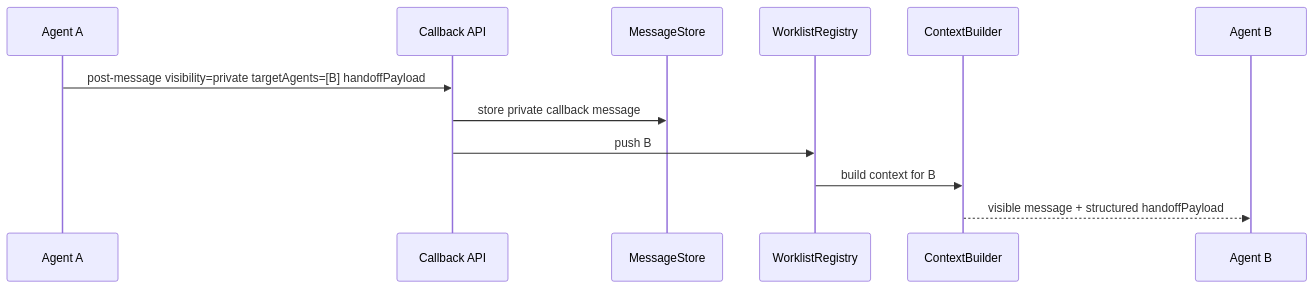
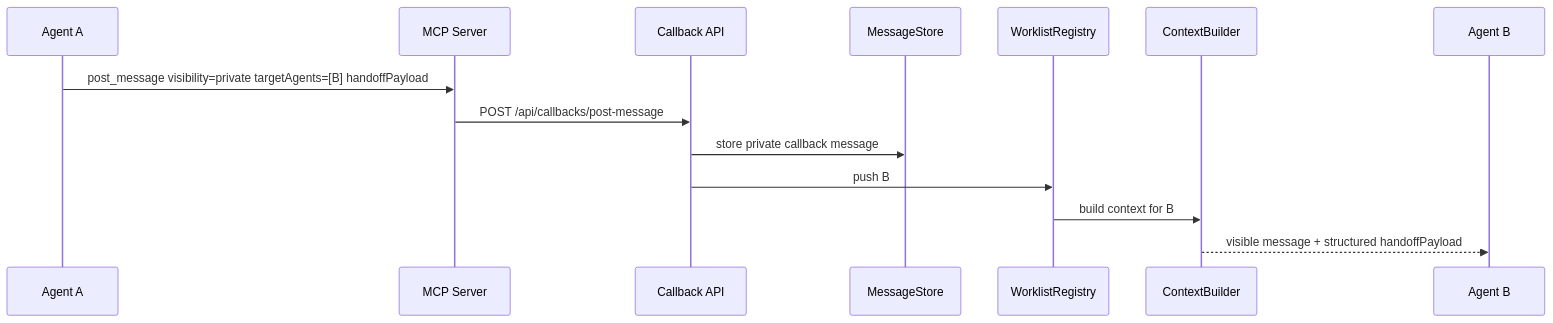
The third of 5 diagrams in docs/current-a2a-architecture.md (tianchangNorth/TheTower), drawn with Mermaid before and after one commit. The commit also changed other lines of this file, not shown here.

````diff
--- a/docs/current-a2a-architecture.md
+++ b/docs/current-a2a-architecture.md
@@ -688,15 +780,17 @@
 ```mermaid
 sequenceDiagram
   participant A as Agent A
+  participant MCP as MCP Server
   participant CB as Callback API
   participant MS as MessageStore
   participant W as WorklistRegistry
   participant CTX as ContextBuilder
   participant B as Agent B
 
-  A->>CB: post-message visibility=private targetAgents=[B] handoffPayload
+  A->>MCP: post_message visibility=private targetAgents=[B] handoffPayload
+  MCP->>CB: POST /api/callbacks/post-message
   CB->>MS: store private callback message
   CB->>W: push B
   W->>CTX: build context for B
   CTX-->>B: visible message + structured handoffPayload
 ```
````
